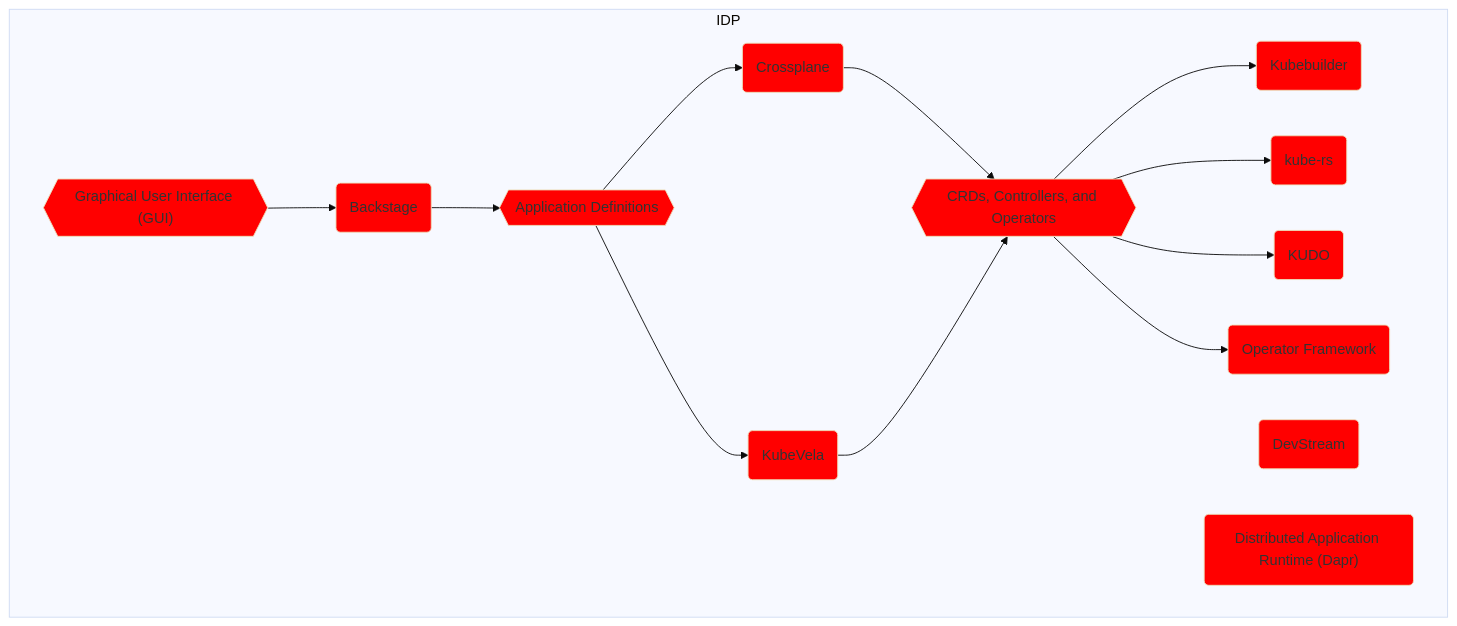
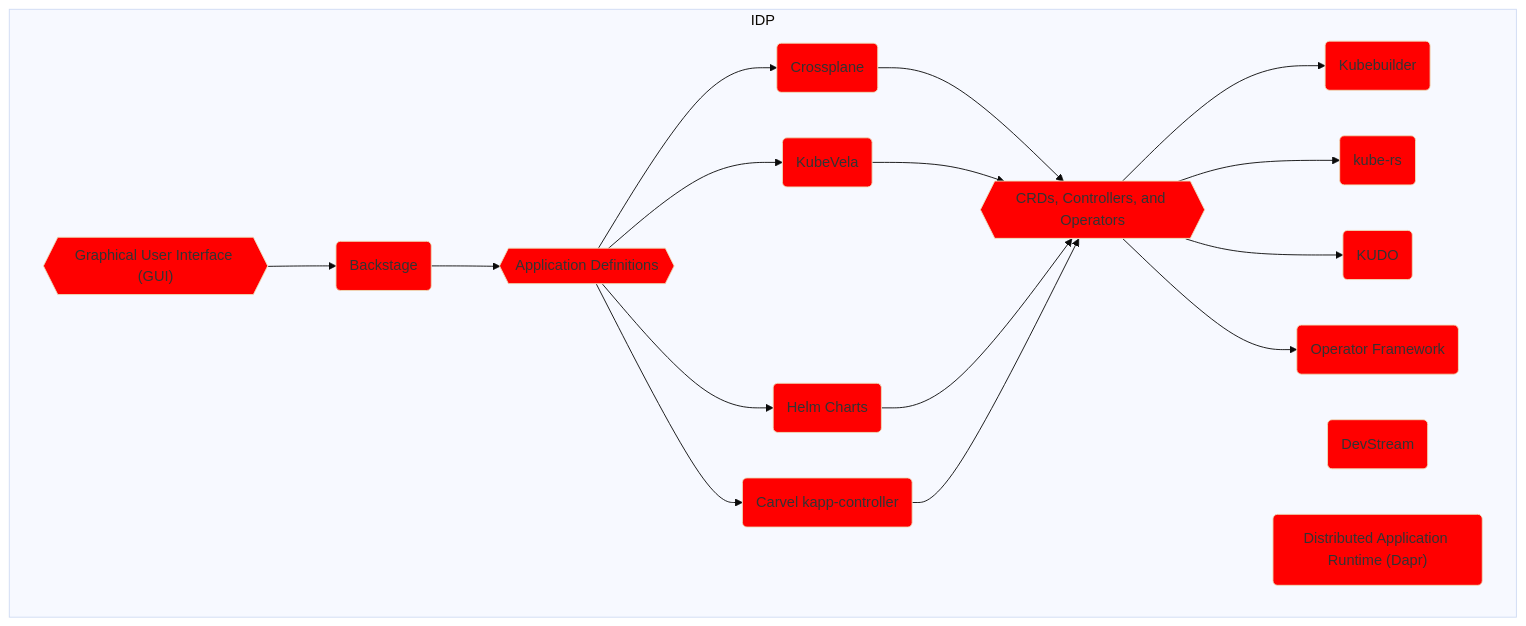
The fourth of 7 diagrams in solution.md (vfarcic/cncf-demo), drawn with Mermaid (base theme) before and after one commit. The commit also changed other lines of this file and 1 other file, not shown here.

````diff
--- a/solution.md
+++ b/solution.md
@@ -621,50 +621,54 @@
 ```mermaid
 flowchart TD
 
     subgraph IDP
 
         %% ------------------------------------
         %% -- Graphical User Interface (GUI) --
         %% ------------------------------------
         gui{{"Graphical User Interface (GUI)"}}
         style gui fill:red
         gui-backstage(Backstage)
         style gui-backstage fill:red
         gui --> gui-backstage --> app-definitions
 
         %% -----------------------------
         %% -- Application Definitions --
         %% -----------------------------
         app-definitions{{Application Definitions}}
         style app-definitions fill:red
         app-definitions-crossplane(Crossplane)
         style app-definitions-crossplane fill:red
         app-definitions-kube-vela(KubeVela)
         style app-definitions-kube-vela fill:red
-        app-definitions --> app-definitions-crossplane & app-definitions-kube-vela --> crd
+        app-definitions-helm(Helm Charts)
+        style app-definitions-helm fill:red
+        app-definitions-kapp-controller(Carvel kapp-controller)
+        style app-definitions-kapp-controller fill:red
+        app-definitions --> app-definitions-crossplane & app-definitions-kube-vela & app-definitions-helm & app-definitions-kapp-controller--> crd
 
         %% --------------------------------------
         %% -- CRDs, Controllers, and Operators --
         %% --------------------------------------
         crd{{CRDs, Controllers, and Operators}}
         style crd fill:red
         crd-kubebuilder(Kubebuilder)
         style crd-kubebuilder fill:red
         crd-kube-rs(kube-rs)
         style crd-kube-rs fill:red
         crd-kudo(KUDO)
         style crd-kudo fill:red
         crd-operator-framework(Operator Framework)
         style crd-operator-framework fill:red
         crd --> crd-kubebuilder & crd-kube-rs & crd-kudo & crd-operator-framework
 
         %% -----------
         %% -- TODO: --
         %% -----------
         dev-stream(DevStream)
         style dev-stream fill:red
         dapr("Distributed Application Runtime (Dapr)")
         style dapr fill:red
 
     end
 ```
````
